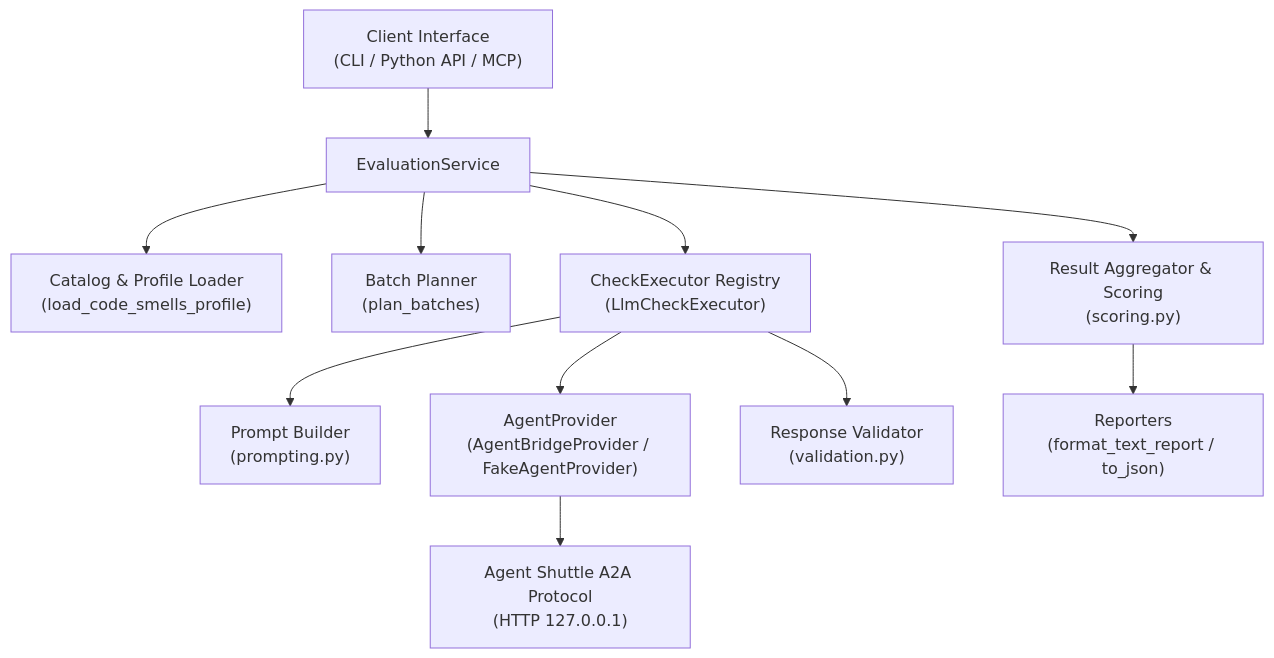
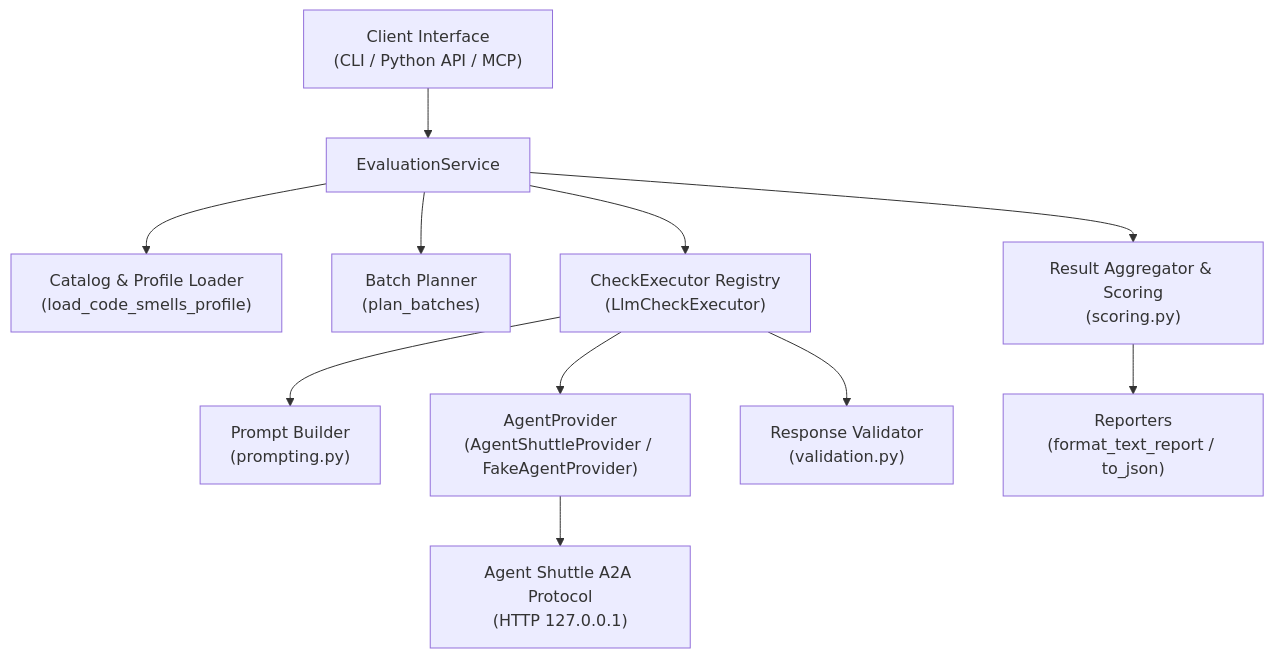
The first of 2 diagrams in docs/architecture.md (plartex/qriterra), drawn with Mermaid before and after one commit. The commit also changed other lines of this file and 27 other files, not shown here.

First line of the commit message:
feat!: adopt Agent Shuttle 0.7 provider API

````diff
--- a/docs/architecture.md
+++ b/docs/architecture.md
@@ -13,13 +13,13 @@
 ```mermaid
 flowchart TD
     Client["Client Interface\n(CLI / Python API / MCP)"] --> Service["EvaluationService"]
     Service --> Catalog["Catalog & Profile Loader\n(load_code_smells_profile)"]
     Service --> Batcher["Batch Planner\n(plan_batches)"]
     Service --> Executor["CheckExecutor Registry\n(LlmCheckExecutor)"]
     Executor --> Prompt["Prompt Builder\n(prompting.py)"]
-    Executor --> Provider["AgentProvider\n(AgentBridgeProvider / FakeAgentProvider)"]
+    Executor --> Provider["AgentProvider\n(AgentShuttleProvider / FakeAgentProvider)"]
     Provider --> A2A["Agent Shuttle A2A Protocol\n(HTTP 127.0.0.1)"]
     Executor --> Validator["Response Validator\n(validation.py)"]
     Service --> Aggregator["Result Aggregator & Scoring\n(scoring.py)"]
     Aggregator --> Reporter["Reporters\n(format_text_report / to_json)"]
 ```
````
